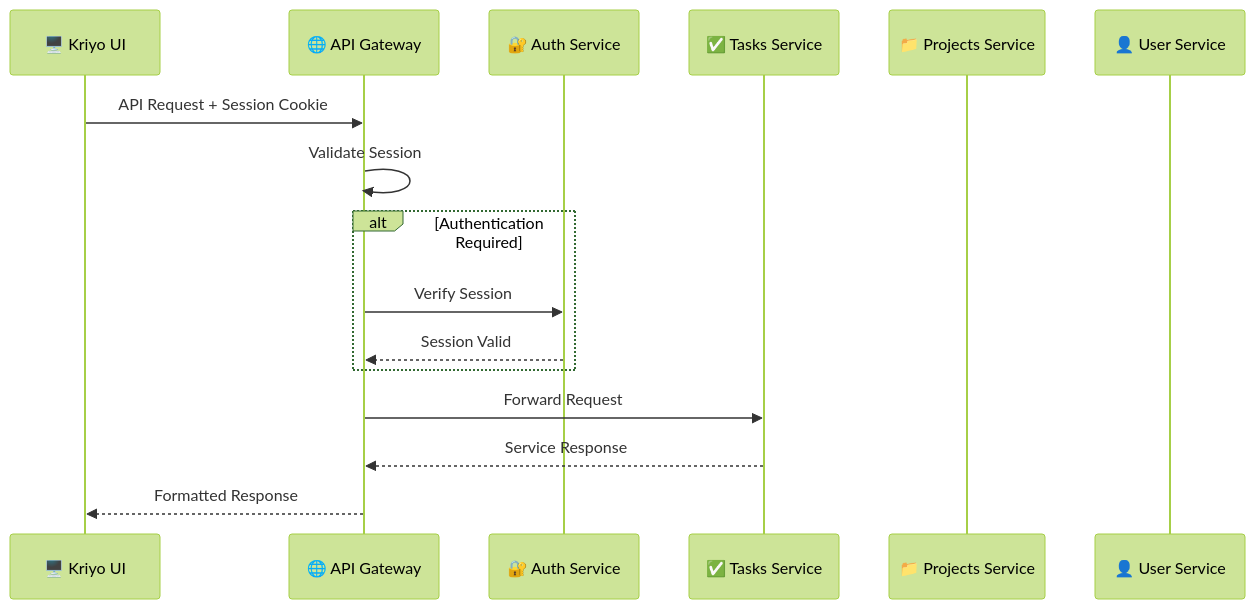
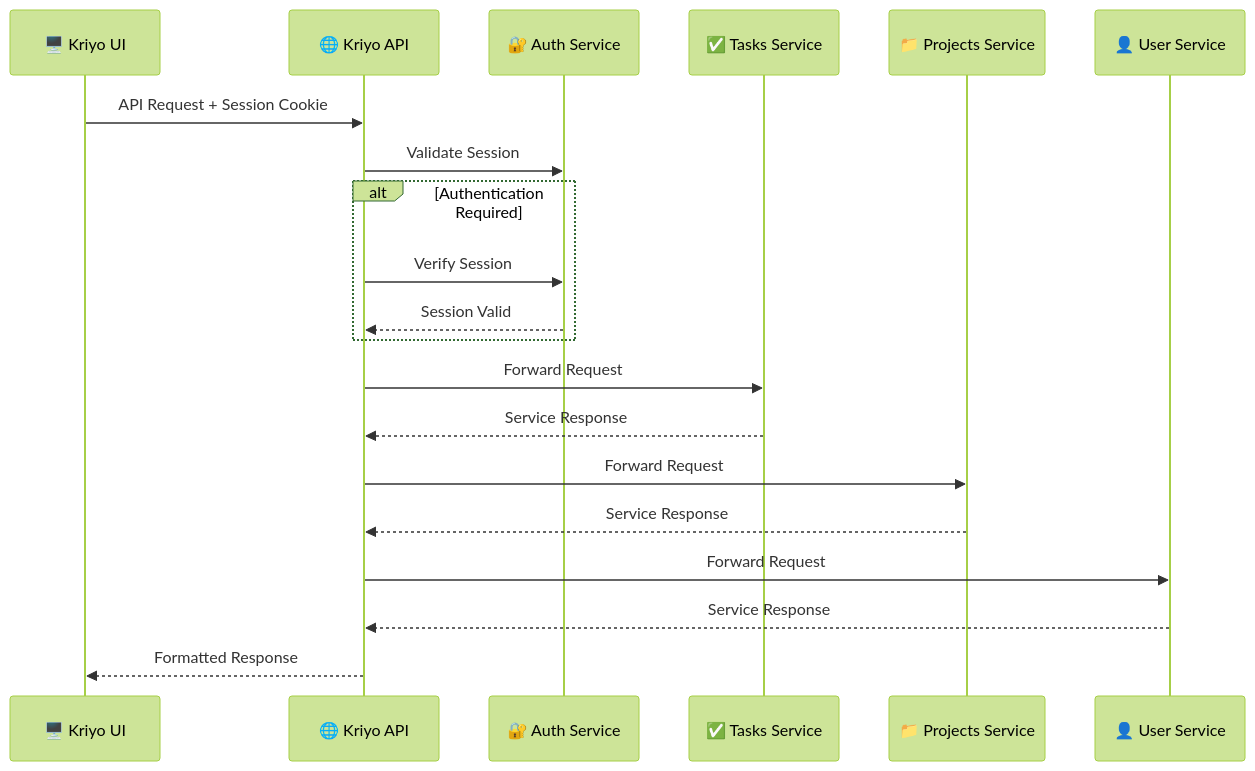
The diagram in README.md (andysenclave/kriyo), drawn with Mermaid (forest theme) before and after one commit.

Commit message:
Update sequence diagram to reflect API Gateway changes (#27)
This PR updates the sequence diagram in the README to reflect changes from a generic API Gateway to a specific "Kriyo API" service, and expands the diagram to show interactions with multiple backend services instead of just the Tasks service.

Renamed API Gateway participant to "Kriyo API" for better specificity
Updated all message flows to use the new API service name
Added interactions with Projects and User services to show complete service orchestration

````diff
--- a/README.md
+++ b/README.md
@@ -274,19 +274,23 @@
 ```mermaid
 sequenceDiagram
     participant UI as 🖥️ Kriyo UI
-    participant GW as 🌐 API Gateway
+    participant API as 🌐 Kriyo API
     participant AUTH as 🔐 Auth Service
     participant TASKS as ✅ Tasks Service
     participant PROJ as 📁 Projects Service
     participant USER as 👤 User Service
 
-    UI->>GW: API Request + Session Cookie
-    GW->>GW: Validate Session
+    UI->>API: API Request + Session Cookie
+    API->>AUTH: Validate Session
     alt Authentication Required
-        GW->>AUTH: Verify Session
-        AUTH-->>GW: Session Valid
+        API->>AUTH: Verify Session
+        AUTH-->>API: Session Valid
     end
-    GW->>TASKS: Forward Request
-    TASKS-->>GW: Service Response
-    GW-->>UI: Formatted Response
+    API->>TASKS: Forward Request
+    TASKS-->>API: Service Response
+    API->>PROJ: Forward Request
+    PROJ-->>API: Service Response
+    API->>USER: Forward Request
+    USER-->>API: Service Response
+    API-->>UI: Formatted Response
 ```
````
